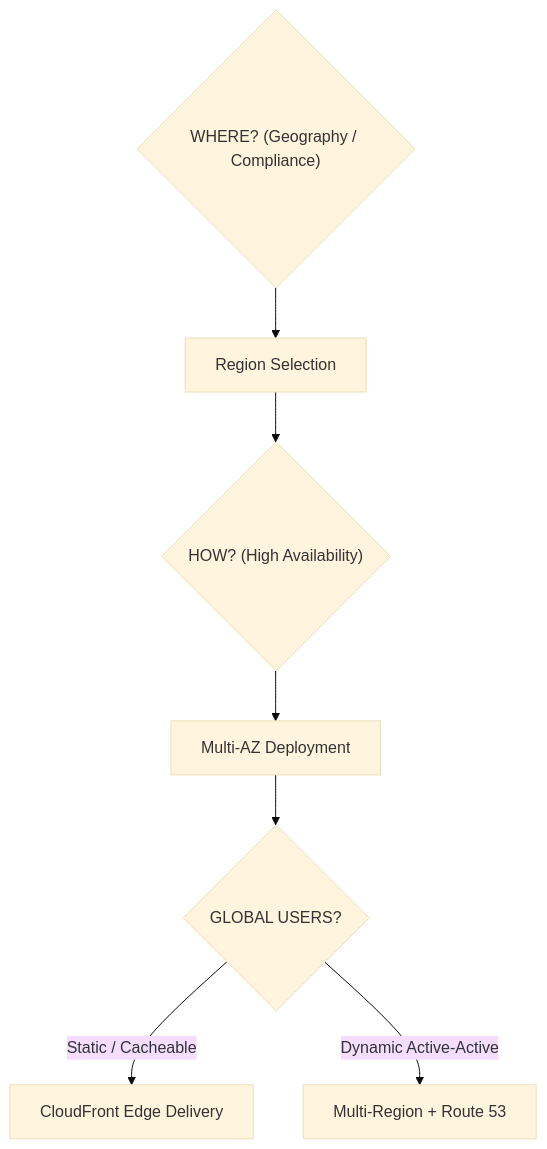
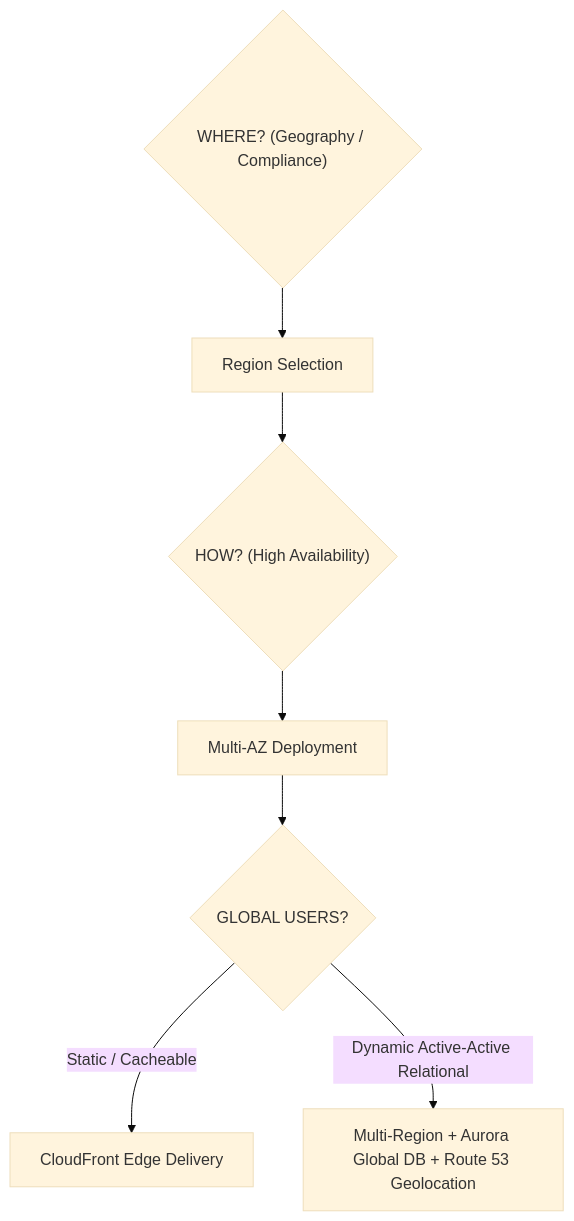
Diagram 40 of 40 in Professional/1.1 AWS — Selecting Regions & Availability Zones Based on Network and Latency Requirements.md (ReginRavi/AIP-C01), drawn with Mermaid (base theme) before and after one commit. The commit also changed other lines of this file, not shown here.

Commit message:
Add Multi-Region Aurora Global Database and Route 53 Geolocation Failover scenario to 1.1 AWS Selecting Regions

````diff
--- a/Professional/1.1 AWS — Selecting Regions & Availability Zones Based on Network and Latency Requirements.md
+++ b/Professional/1.1 AWS — Selecting Regions & Availability Zones Based on Network and Latency Requirements.md
@@ -1231,9 +1300,9 @@
 ```mermaid
 flowchart TD
     Q1{"WHERE? (Geography / Compliance)"} --> Region["Region Selection"]
     Region --> Q2{"HOW? (High Availability)"} --> MultiAZ["Multi-AZ Deployment"]
     MultiAZ --> Q3{"GLOBAL USERS?"}
     
     Q3 -->|Static / Cacheable| CF["CloudFront Edge Delivery"]
-    Q3 -->|Dynamic Active-Active| MultiReg["Multi-Region + Route 53"]
+    Q3 -->|Dynamic Active-Active Relational| AuroraGlobal["Multi-Region + Aurora Global DB + Route 53 Geolocation"]
 ```
````
